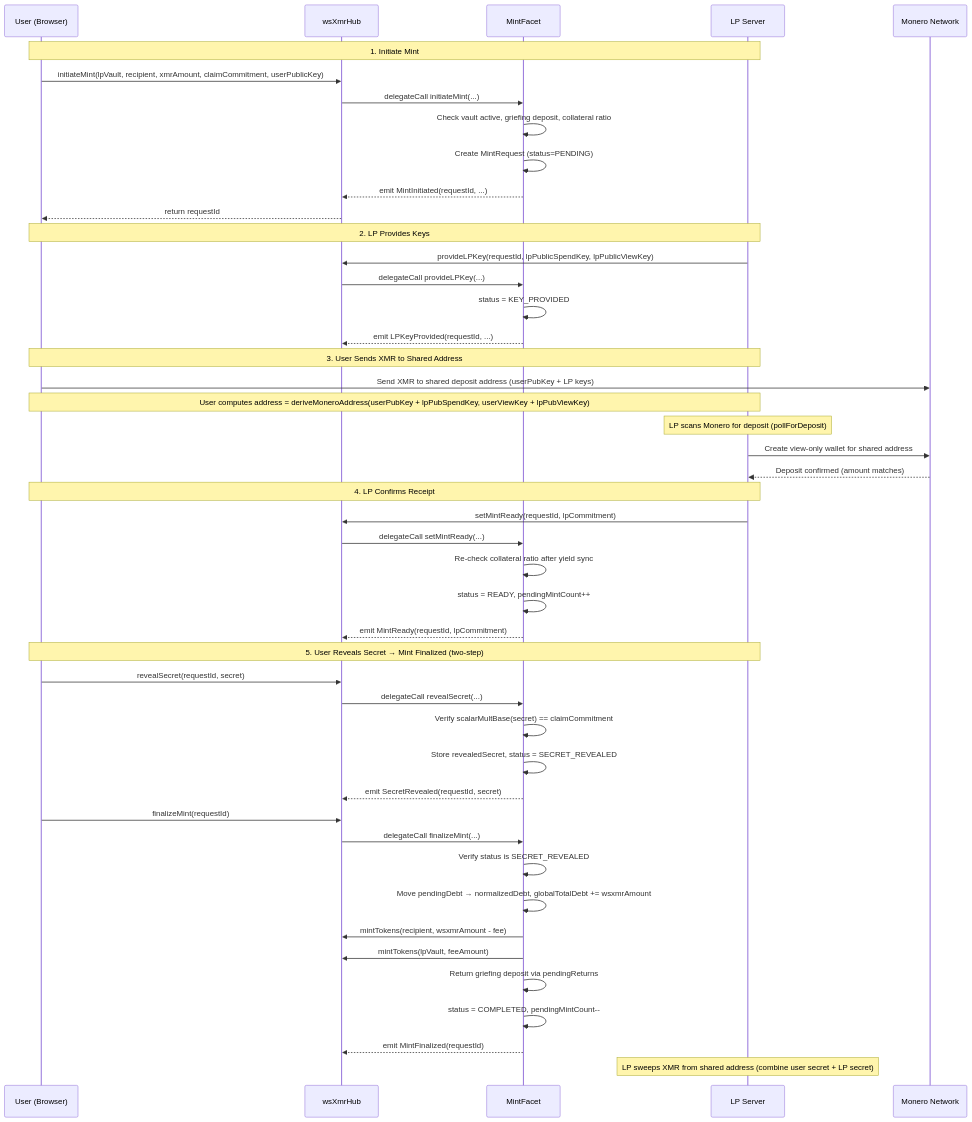
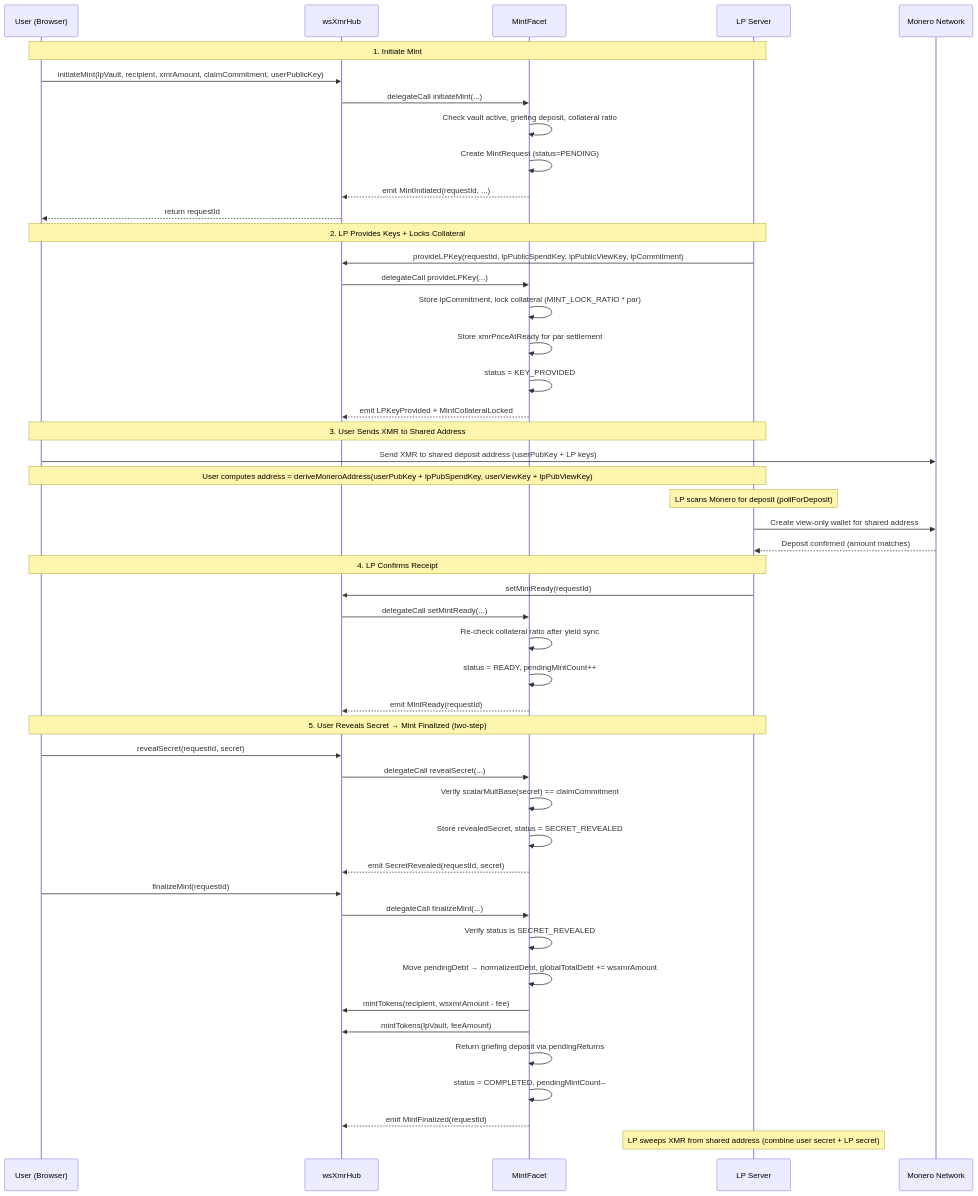
Diagram 20 of 27 in docs/sequenceDiagrams.md (madschristensen99/wrapsynth), drawn with Mermaid before and after one commit. The commit also changed other lines of this file and 66 other files, not shown here.

````diff
--- a/docs/sequenceDiagrams.md
+++ b/docs/sequenceDiagrams.md
@@ -955,56 +970,58 @@
 ```mermaid
 sequenceDiagram
     participant User as User (Browser)
     participant Hub as wsXmrHub
     participant Mint as MintFacet
     participant LP as LP Server
     participant XMR as Monero Network
 
     Note over User,LP: 1. Initiate Mint
     User->>Hub: initiateMint(lpVault, recipient, xmrAmount, claimCommitment, userPublicKey)
     Hub->>Mint: delegateCall initiateMint(...)
     Mint->>Mint: Check vault active, griefing deposit, collateral ratio
     Mint->>Mint: Create MintRequest (status=PENDING)
     Mint-->>Hub: emit MintInitiated(requestId, ...)
     Hub-->>User: return requestId
 
-    Note over User,LP: 2. LP Provides Keys
-    LP->>Hub: provideLPKey(requestId, lpPublicSpendKey, lpPublicViewKey)
+    Note over User,LP: 2. LP Provides Keys + Locks Collateral
+    LP->>Hub: provideLPKey(requestId, lpPublicSpendKey, lpPublicViewKey, lpCommitment)
     Hub->>Mint: delegateCall provideLPKey(...)
+    Mint->>Mint: Store lpCommitment, lock collateral (MINT_LOCK_RATIO * par)
+    Mint->>Mint: Store xmrPriceAtReady for par settlement
     Mint->>Mint: status = KEY_PROVIDED
-    Mint-->>Hub: emit LPKeyProvided(requestId, ...)
+    Mint-->>Hub: emit LPKeyProvided + MintCollateralLocked
 
     Note over User,LP: 3. User Sends XMR to Shared Address
     User->>XMR: Send XMR to shared deposit address (userPubKey + LP keys)
     Note over User,LP: User computes address = deriveMoneroAddress(userPubKey + lpPubSpendKey, userViewKey + lpPubViewKey)
 
     Note over LP: LP scans Monero for deposit (pollForDeposit)
     LP->>XMR: Create view-only wallet for shared address
     XMR-->>LP: Deposit confirmed (amount matches)
 
     Note over User,LP: 4. LP Confirms Receipt
-    LP->>Hub: setMintReady(requestId, lpCommitment)
+    LP->>Hub: setMintReady(requestId)
     Hub->>Mint: delegateCall setMintReady(...)
     Mint->>Mint: Re-check collateral ratio after yield sync
     Mint->>Mint: status = READY, pendingMintCount++
-    Mint-->>Hub: emit MintReady(requestId, lpCommitment)
+    Mint-->>Hub: emit MintReady(requestId)
 
     Note over User,LP: 5. User Reveals Secret → Mint Finalized (two-step)
     User->>Hub: revealSecret(requestId, secret)
     Hub->>Mint: delegateCall revealSecret(...)
     Mint->>Mint: Verify scalarMultBase(secret) == claimCommitment
     Mint->>Mint: Store revealedSecret, status = SECRET_REVEALED
     Mint-->>Hub: emit SecretRevealed(requestId, secret)
 
     User->>Hub: finalizeMint(requestId)
     Hub->>Mint: delegateCall finalizeMint(...)
     Mint->>Mint: Verify status is SECRET_REVEALED
     Mint->>Mint: Move pendingDebt → normalizedDebt, globalTotalDebt += wsxmrAmount
     Mint->>Hub: mintTokens(recipient, wsxmrAmount - fee)
     Mint->>Hub: mintTokens(lpVault, feeAmount)
     Mint->>Mint: Return griefing deposit via pendingReturns
     Mint->>Mint: status = COMPLETED, pendingMintCount--
     Mint-->>Hub: emit MintFinalized(requestId)
 
     Note over LP: LP sweeps XMR from shared address (combine user secret + LP secret)
 ```
````
